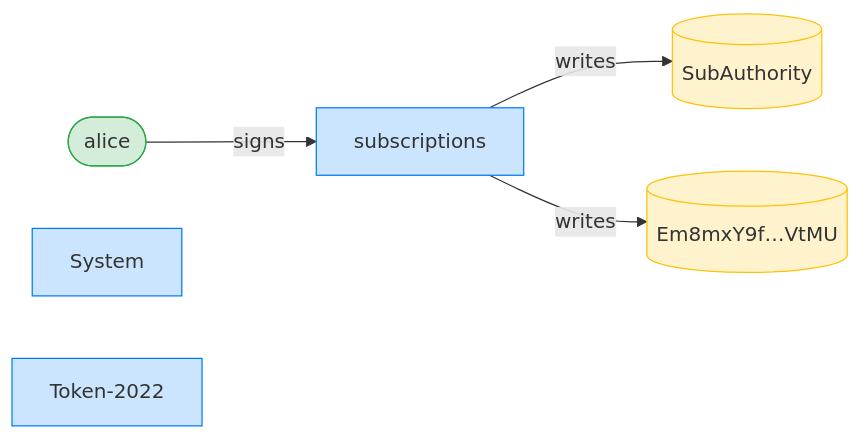
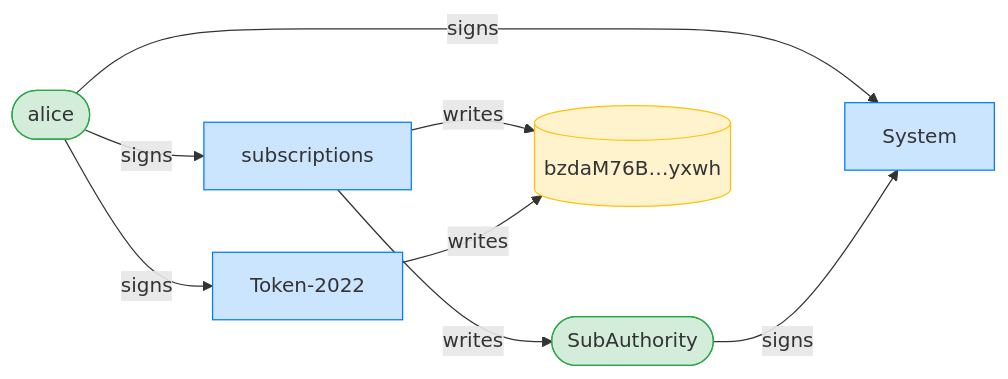
The third of 4 diagrams in dsl_tests/initialize-over-a-token-2022-mint---mintcloseauthority--.md (cds-rs/subscriptions), drawn with Mermaid before and after one commit. The commit also changed other lines of this file and 224 other files, not shown here.

````diff
--- a/dsl_tests/initialize-over-a-token-2022-mint---mintcloseauthority--.md
+++ b/dsl_tests/initialize-over-a-token-2022-mint---mintcloseauthority--.md
@@ -55,15 +56,19 @@
 ```mermaid
 flowchart LR
     classDef signer fill:#d4edda,stroke:#28a745;
     classDef program fill:#cce5ff,stroke:#007bff;
     classDef writable fill:#fff3cd,stroke:#ffc107;
     subscriptions[subscriptions]:::program
     alice([alice]):::signer
-    SubAuthority[(SubAuthority)]:::writable
-    Em8mxY9f_VtMU[("Em8mxY9f…VtMU")]:::writable
+    SubAuthority([SubAuthority]):::signer
+    bzdaM76B_yxwh[("bzdaM76B…yxwh")]:::writable
     System[System]:::program
     Token_2022["Token-2022"]:::program
     alice -->|signs| subscriptions
+    alice -->|signs| System
+    SubAuthority -->|signs| System
+    alice -->|signs| Token_2022
     subscriptions -->|writes| SubAuthority
-    subscriptions -->|writes| Em8mxY9f_VtMU
+    subscriptions -->|writes| bzdaM76B_yxwh
+    Token_2022 -->|writes| bzdaM76B_yxwh
 ```
````
